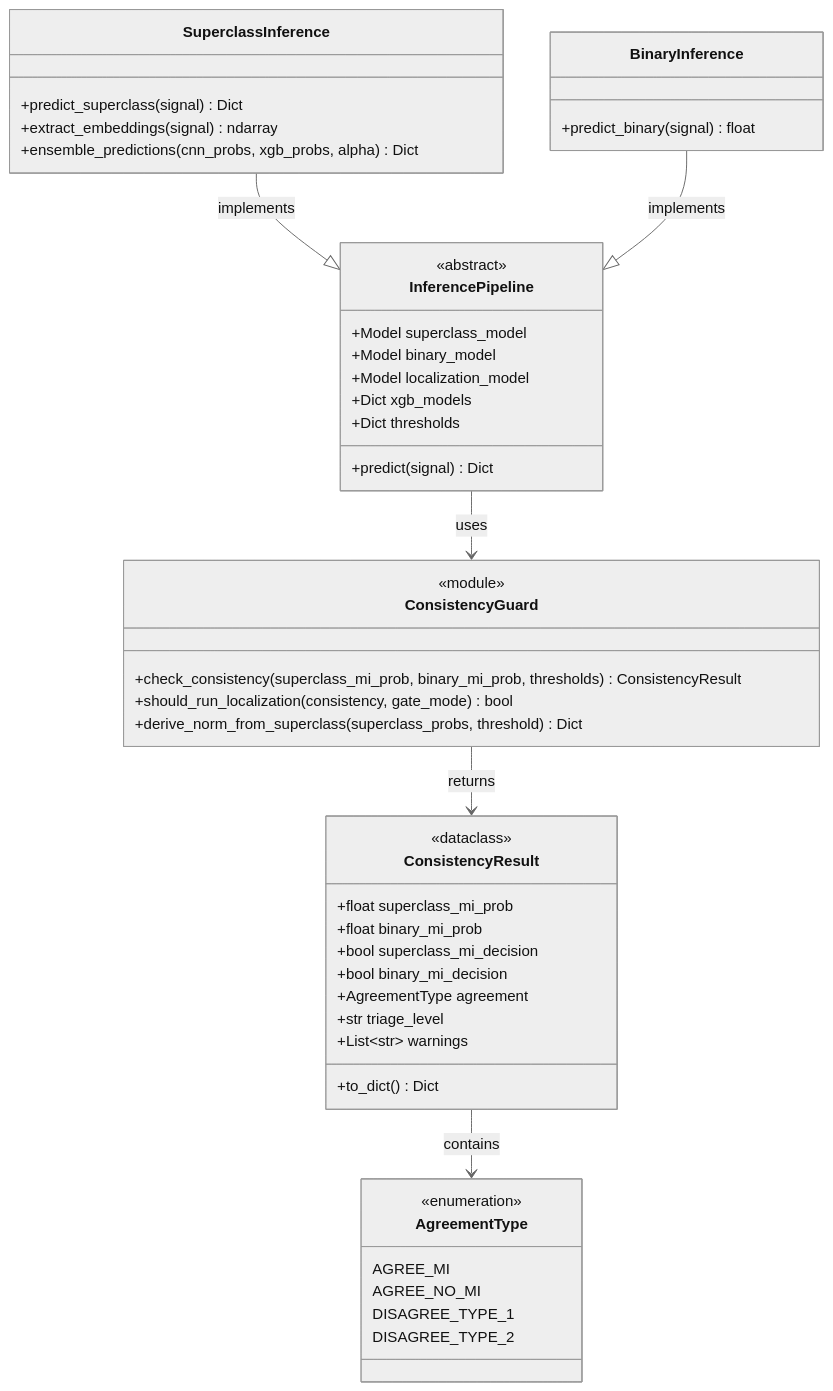
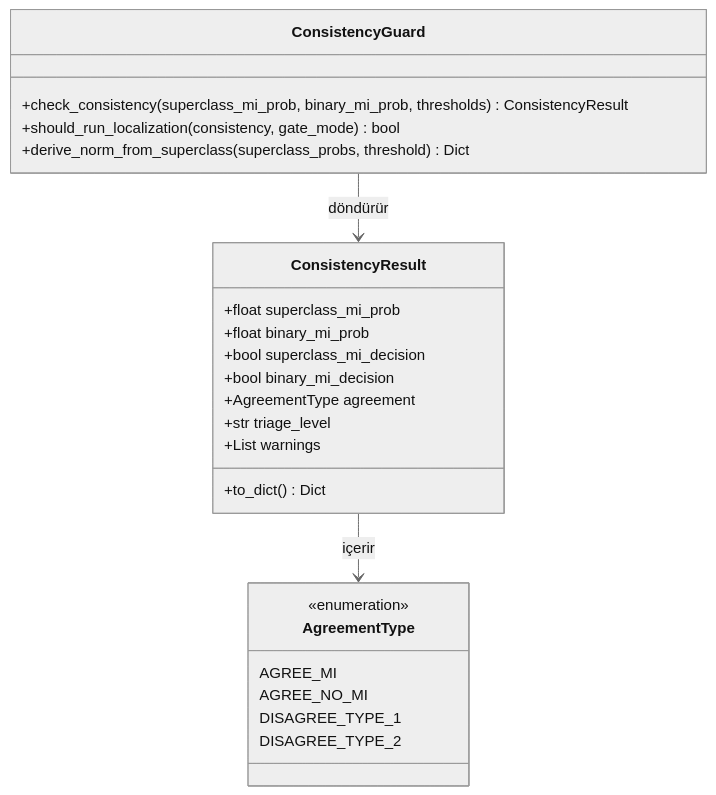
The fifth of 12 diagrams in docs/diagrams/03_class_diagram.md (mUsaulug/CardioGuard-AI), drawn with Mermaid (neutral theme) before and after one commit. The commit also changed other lines of this file and 5 other files, not shown here.

````diff
--- a/docs/diagrams/03_class_diagram.md
+++ b/docs/diagrams/03_class_diagram.md
@@ -278,57 +259,32 @@
 ```mermaid
 classDiagram
     direction TB
     
     class AgreementType {
         <<enumeration>>
         AGREE_MI
         AGREE_NO_MI
         DISAGREE_TYPE_1
         DISAGREE_TYPE_2
     }
     
     class ConsistencyResult {
-        <<dataclass>>
         +float superclass_mi_prob
         +float binary_mi_prob
         +bool superclass_mi_decision
         +bool binary_mi_decision
         +AgreementType agreement
         +str triage_level
-        +List~str~ warnings
+        +List warnings
         +to_dict() Dict
     }
     
     class ConsistencyGuard {
-        <<module>>
         +check_consistency(superclass_mi_prob, binary_mi_prob, thresholds) ConsistencyResult
         +should_run_localization(consistency, gate_mode) bool
         +derive_norm_from_superclass(superclass_probs, threshold) Dict
     }
     
-    class InferencePipeline {
-        <<abstract>>
-        +Model superclass_model
-        +Model binary_model
-        +Model localization_model
-        +Dict xgb_models
-        +Dict thresholds
-        +predict(signal) Dict
-    }
-    
-    class SuperclassInference {
-        +predict_superclass(signal) Dict
-        +extract_embeddings(signal) ndarray
-        +ensemble_predictions(cnn_probs, xgb_probs, alpha) Dict
-    }
-    
-    class BinaryInference {
-        +predict_binary(signal) float
-    }
-    
-    ConsistencyResult --> AgreementType : contains
-    ConsistencyGuard --> ConsistencyResult : returns
-    InferencePipeline --> ConsistencyGuard : uses
-    SuperclassInference --|> InferencePipeline : implements
-    BinaryInference --|> InferencePipeline : implements
+    ConsistencyResult --> AgreementType : içerir
+    ConsistencyGuard --> ConsistencyResult : döndürür
 ```
````
